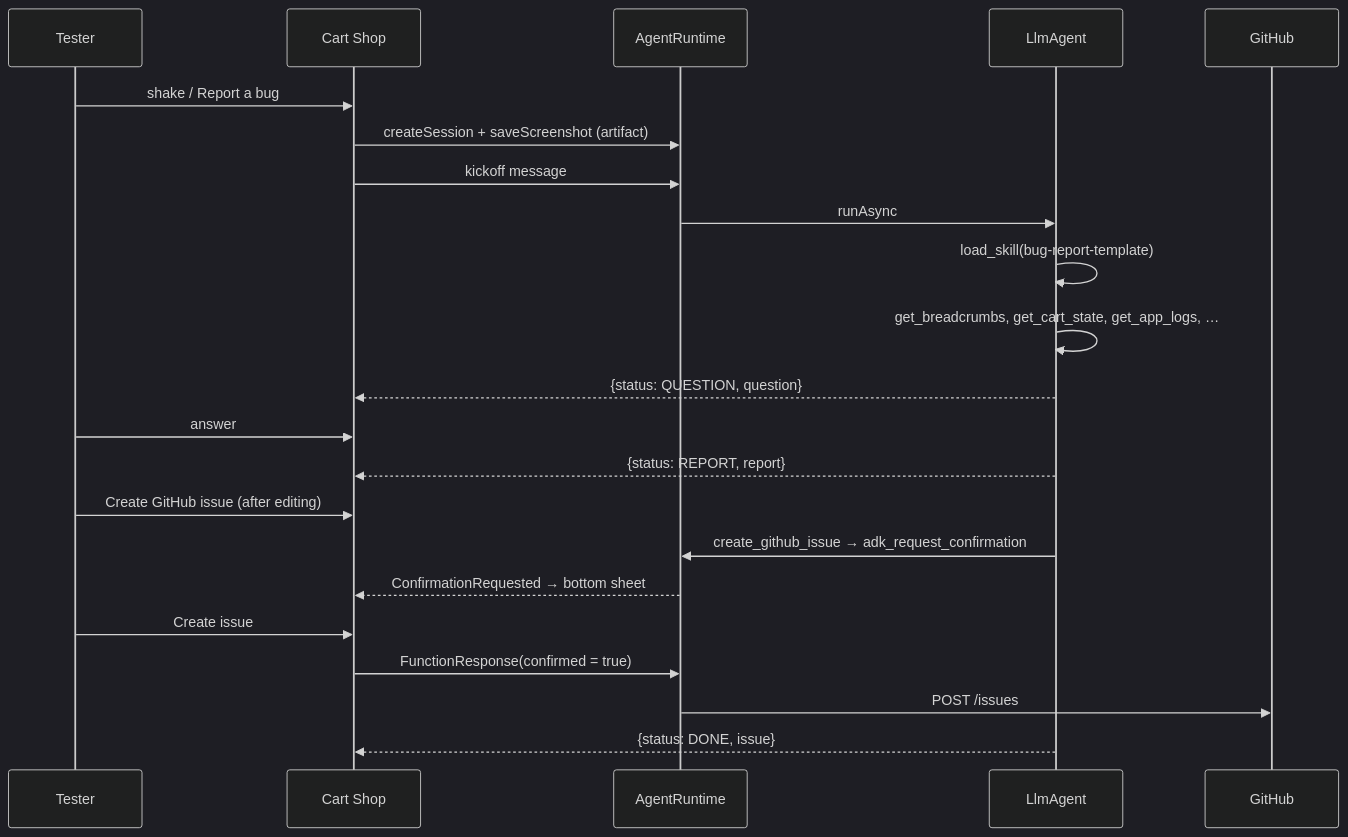
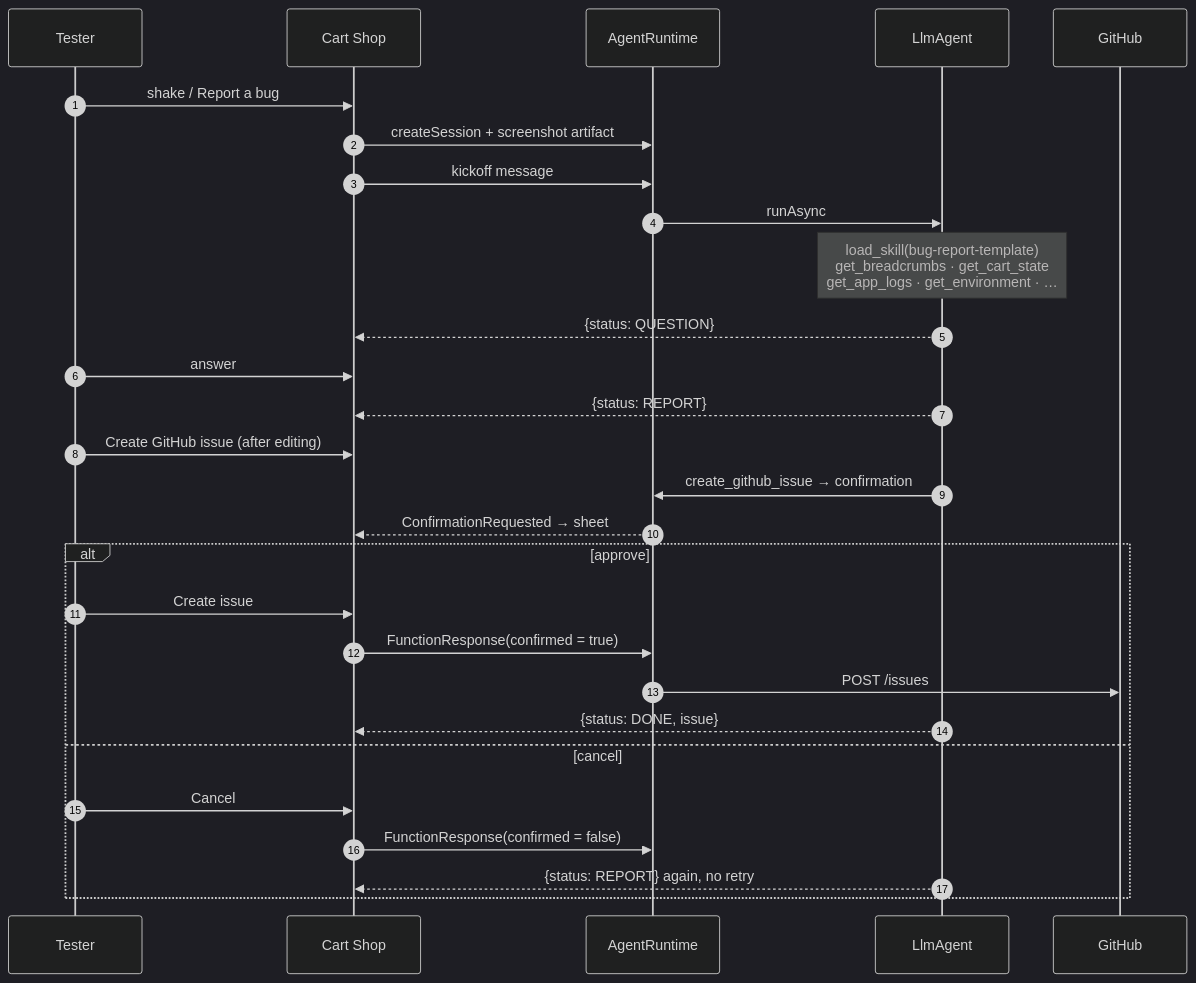
Before and after one commit to ykro/cart-shop-demo: the second of 2 diagrams in README.md, drawn with Mermaid (dark theme). The commit also changed other lines of this file, not shown here.

First line of the commit message:
Redesign README Mermaid diagrams for readability on GitHub

````diff
--- a/README.md
+++ b/README.md
@@ -68,24 +82,30 @@
 ```mermaid
 sequenceDiagram
+  autonumber
   participant T as Tester
   participant App as Cart Shop
   participant R as AgentRuntime
   participant A as LlmAgent
   participant GH as GitHub
   T->>App: shake / Report a bug
-  App->>R: createSession + saveScreenshot (artifact)
+  App->>R: createSession + screenshot artifact
   App->>R: kickoff message
   R->>A: runAsync
-  A->>A: load_skill(bug-report-template)
-  A->>A: get_breadcrumbs, get_cart_state, get_app_logs, …
-  A-->>App: {status: QUESTION, question}
+  Note over A: load_skill(bug-report-template)<br/>get_breadcrumbs · get_cart_state<br/>get_app_logs · get_environment · …
+  A-->>App: {status: QUESTION}
   T->>App: answer
-  A-->>App: {status: REPORT, report}
+  A-->>App: {status: REPORT}
   T->>App: Create GitHub issue (after editing)
-  A->>R: create_github_issue → adk_request_confirmation
-  R-->>App: ConfirmationRequested → bottom sheet
-  T->>App: Create issue
-  App->>R: FunctionResponse(confirmed = true)
-  R->>GH: POST /issues
-  A-->>App: {status: DONE, issue}
+  A->>R: create_github_issue → confirmation
+  R-->>App: ConfirmationRequested → sheet
+  alt approve
+    T->>App: Create issue
+    App->>R: FunctionResponse(confirmed = true)
+    R->>GH: POST /issues
+    A-->>App: {status: DONE, issue}
+  else cancel
+    T->>App: Cancel
+    App->>R: FunctionResponse(confirmed = false)
+    A-->>App: {status: REPORT} again, no retry
+  end
 ```
````
